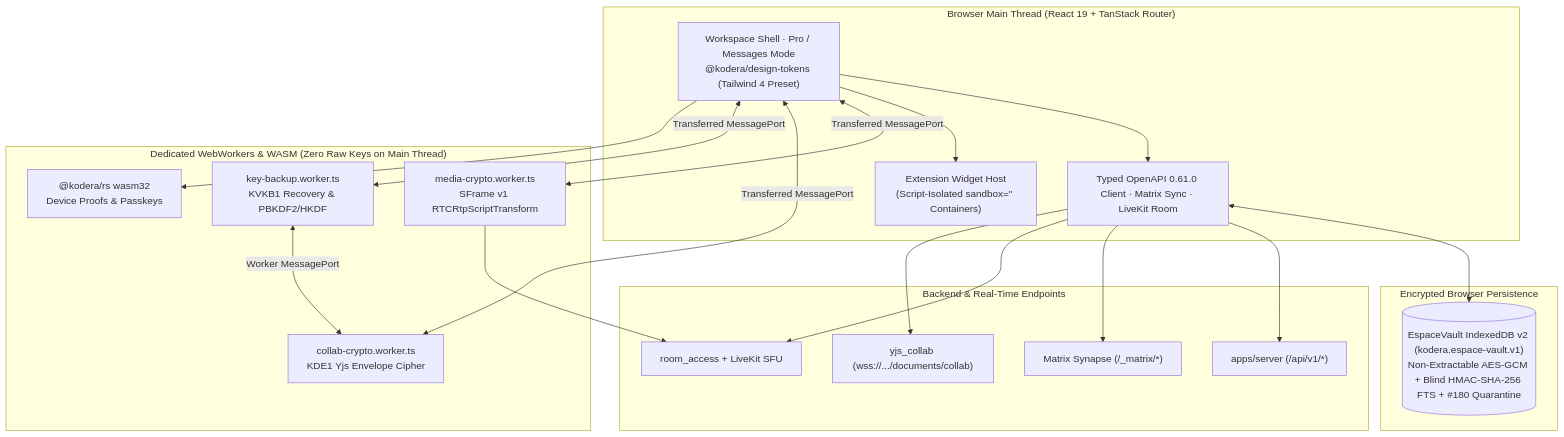
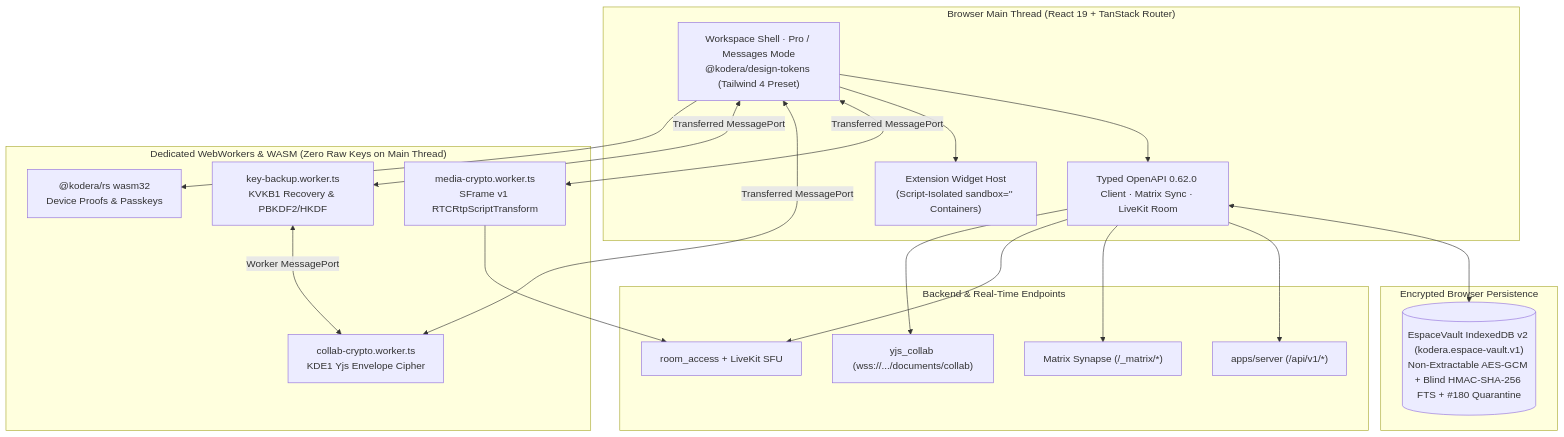
One commit to kodera-hq/kodera changed the diagram in apps/web/README.md. Above: the diagram before and after it, drawn with Mermaid. The commit also changed other lines of this file and 89 other files, not shown here.

````diff
--- a/apps/web/README.md
+++ b/apps/web/README.md
@@ -9,34 +9,34 @@
 ```mermaid
 flowchart TB
   subgraph MainThread["Browser Main Thread (React 19 + TanStack Router)"]
     UI["Workspace Shell · Pro / Messages Mode<br/>@kodera/design-tokens (Tailwind 4 Preset)"]
-    SDK["Typed OpenAPI 0.61.0 Client · Matrix Sync · LiveKit Room"]
+    SDK["Typed OpenAPI 0.62.0 Client · Matrix Sync · LiveKit Room"]
     Sandbox["Extension Widget Host<br/>(Script-Isolated sandbox='' Containers)"]
   end
 
   subgraph Workers["Dedicated WebWorkers & WASM (Zero Raw Keys on Main Thread)"]
     MediaW["media-crypto.worker.ts<br/>SFrame v1 RTCRtpScriptTransform"]
     CollabW["collab-crypto.worker.ts<br/>KDE1 Yjs Envelope Cipher"]
     BackupW["key-backup.worker.ts<br/>KVKB1 Recovery & PBKDF2/HKDF"]
     Wasm["@kodera/rs wasm32<br/>Device Proofs & Passkeys"]
   end
 
   subgraph LocalStore["Encrypted Browser Persistence"]
     IDB[("EspaceVault IndexedDB v2 (kodera.espace-vault.v1)<br/>Non-Extractable AES-GCM + Blind HMAC-SHA-256 FTS + #180 Quarantine")]
   end
 
   subgraph Services["Backend & Real-Time Endpoints"]
     Core["apps/server (/api/v1/*)"]
     Syn["Matrix Synapse (/_matrix/*)"]
     RA["room_access + LiveKit SFU"]
     Yjs["yjs_collab (wss://.../documents/collab)"]
   end
 
   UI --> SDK & Sandbox
   UI <-->|"Transferred MessagePort"| MediaW & CollabW & BackupW
   UI --> Wasm
   SDK <--> IDB
   BackupW <-->|"Worker MessagePort"| CollabW
   SDK --> Core & Syn & RA & Yjs
   MediaW --> RA
 ```
````
